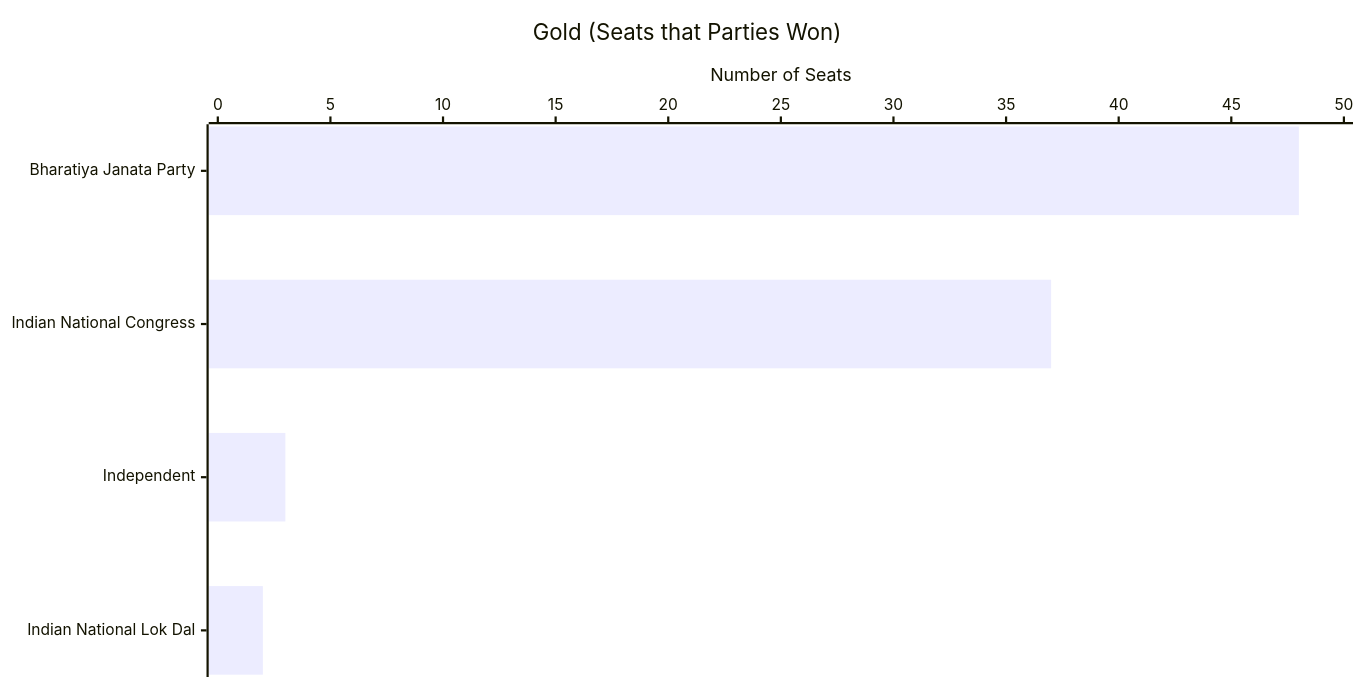
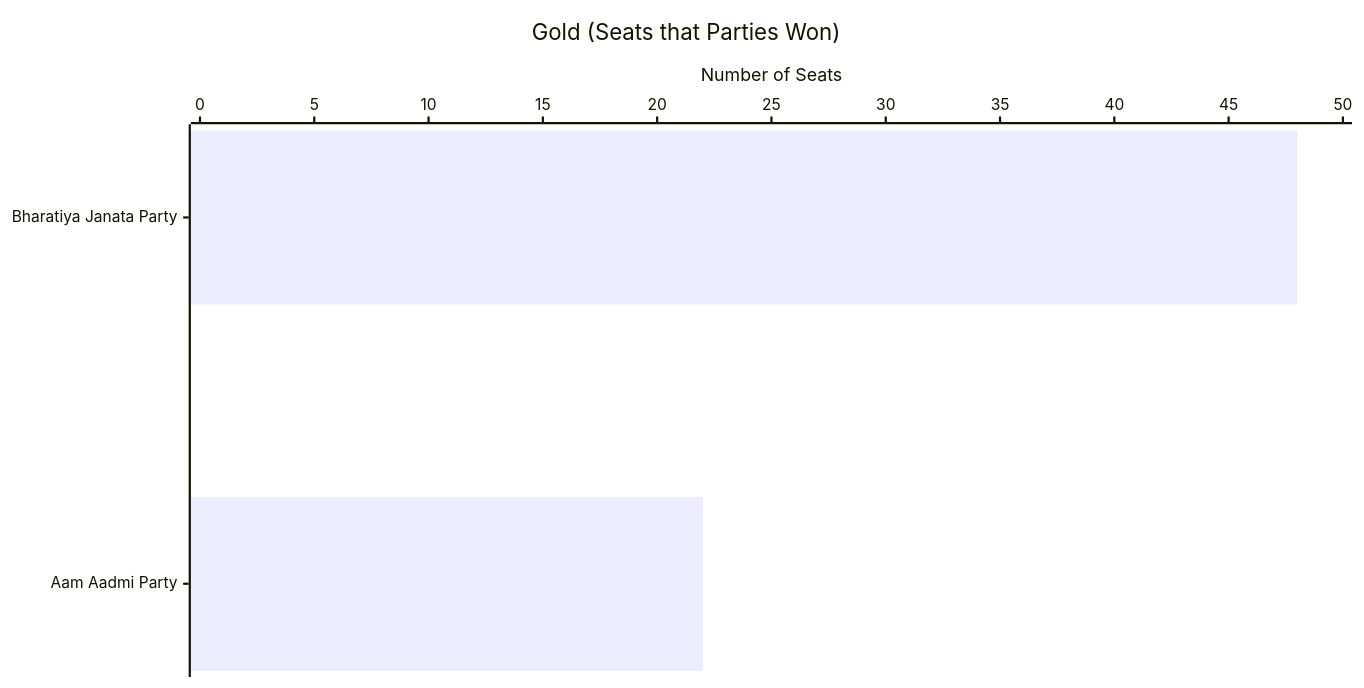
Diagram 16 of 19 in NEWDELHI-GRAPH.md (arjunswaj/elections), drawn with Mermaid before and after one commit. The commit also changed other lines of this file, not shown here.

Commit message:
Updating the Graphical format

````diff
--- a/NEWDELHI-GRAPH.md
+++ b/NEWDELHI-GRAPH.md
@@ -286,14 +289,14 @@
 ```mermaid
 ---
 config:
     xyChart:
         width: 1200
         height: 600
         chartOrientation: horizontal
 ---
 xychart-beta
     title "Gold (Seats that Parties Won)"
-    x-axis ["Bharatiya Janata Party", "Indian National Congress", "Independent", "Indian National Lok Dal"]
+    x-axis ["Bharatiya Janata Party", "Aam Aadmi Party"]
     y-axis "Number of Seats" 0 --> 50
-    bar [48, 37, 3, 2]
+    bar [48, 22]
 ```
````
